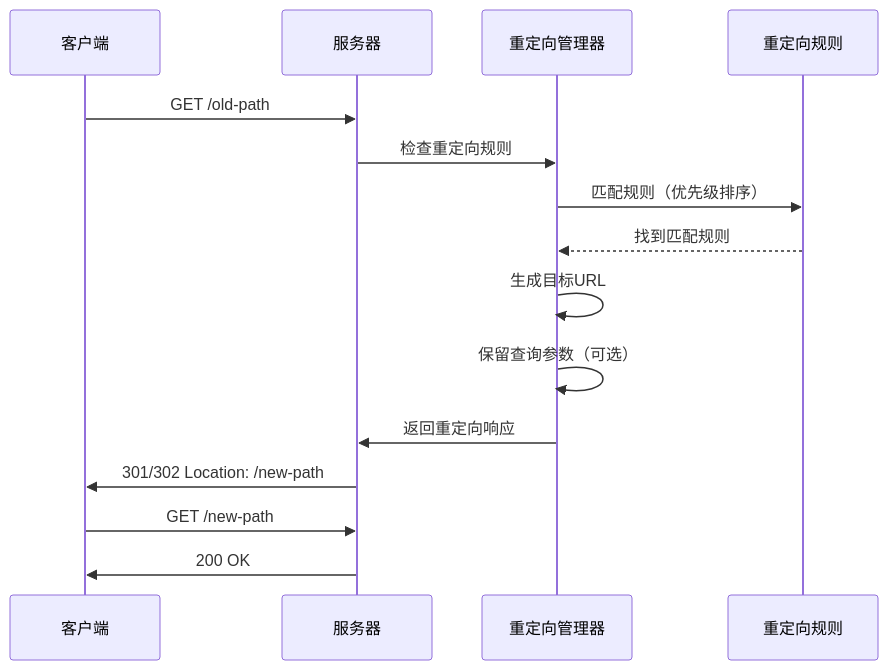
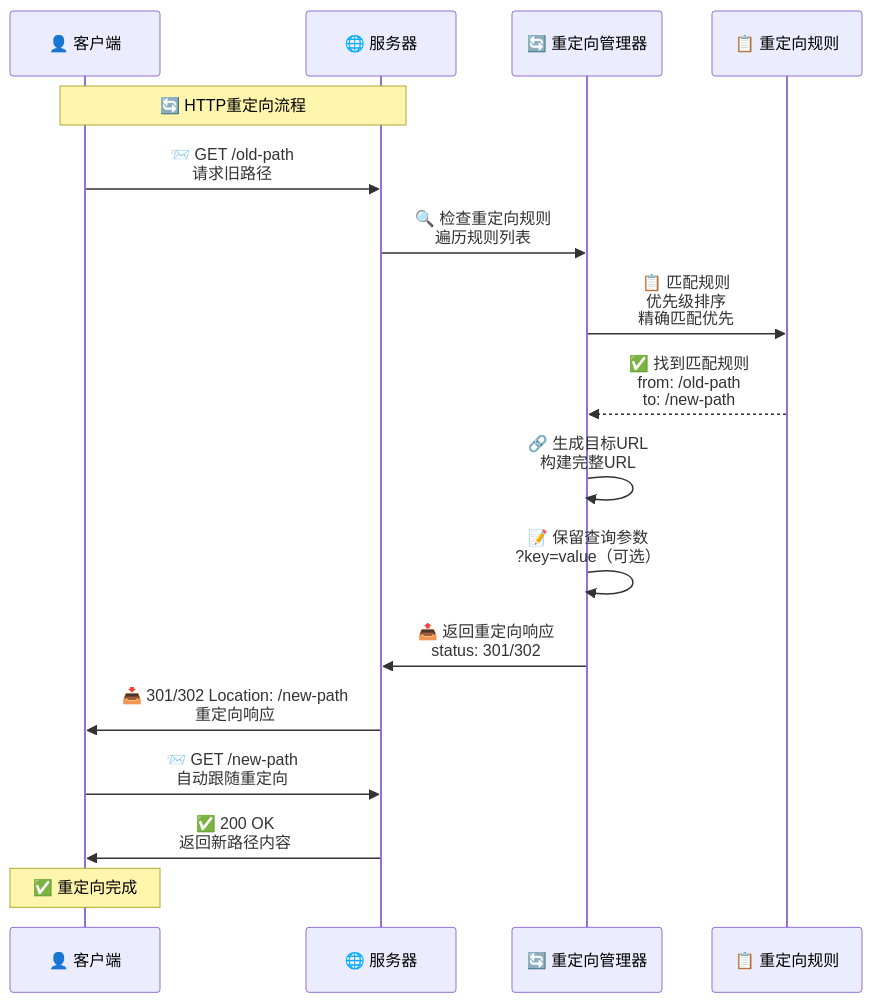
Before and after one commit to sunflowermm/XRK-AGT: the second of 5 diagrams in docs/http-business-layer.md, drawn with Mermaid. The commit also changed other lines of this file and 9 other files, not shown here.

````diff
--- a/docs/http-business-layer.md
+++ b/docs/http-business-layer.md
@@ -180,18 +188,22 @@
 ```mermaid
 sequenceDiagram
-    participant Client as 客户端
-    participant Server as 服务器
-    participant Redirect as 重定向管理器
-    participant Rules as 重定向规则
+    participant Client as 👤 客户端
+    participant Server as 🌐 服务器
+    participant Redirect as 🔄 重定向管理器
+    participant Rules as 📋 重定向规则
     
-    Client->>Server: GET /old-path
-    Server->>Redirect: 检查重定向规则
-    Redirect->>Rules: 匹配规则（优先级排序）
-    Rules-->>Redirect: 找到匹配规则
-    Redirect->>Redirect: 生成目标URL
-    Redirect->>Redirect: 保留查询参数（可选）
-    Redirect->>Server: 返回重定向响应
-    Server->>Client: 301/302 Location: /new-path
-    Client->>Server: GET /new-path
-    Server->>Client: 200 OK
+    Note over Client,Server: 🔄 HTTP重定向流程
+    
+    Client->>Server: 📨 GET /old-path<br/>请求旧路径
+    Server->>Redirect: 🔍 检查重定向规则<br/>遍历规则列表
+    Redirect->>Rules: 📋 匹配规则<br/>优先级排序<br/>精确匹配优先
+    Rules-->>Redirect: ✅ 找到匹配规则<br/>from: /old-path<br/>to: /new-path
+    Redirect->>Redirect: 🔗 生成目标URL<br/>构建完整URL
+    Redirect->>Redirect: 📝 保留查询参数<br/>?key=value（可选）
+    Redirect->>Server: 📤 返回重定向响应<br/>status: 301/302
+    Server->>Client: 📥 301/302 Location: /new-path<br/>重定向响应
+    Client->>Server: 📨 GET /new-path<br/>自动跟随重定向
+    Server->>Client: ✅ 200 OK<br/>返回新路径内容
+    
+    Note over Client: ✅ 重定向完成
 ```
````
